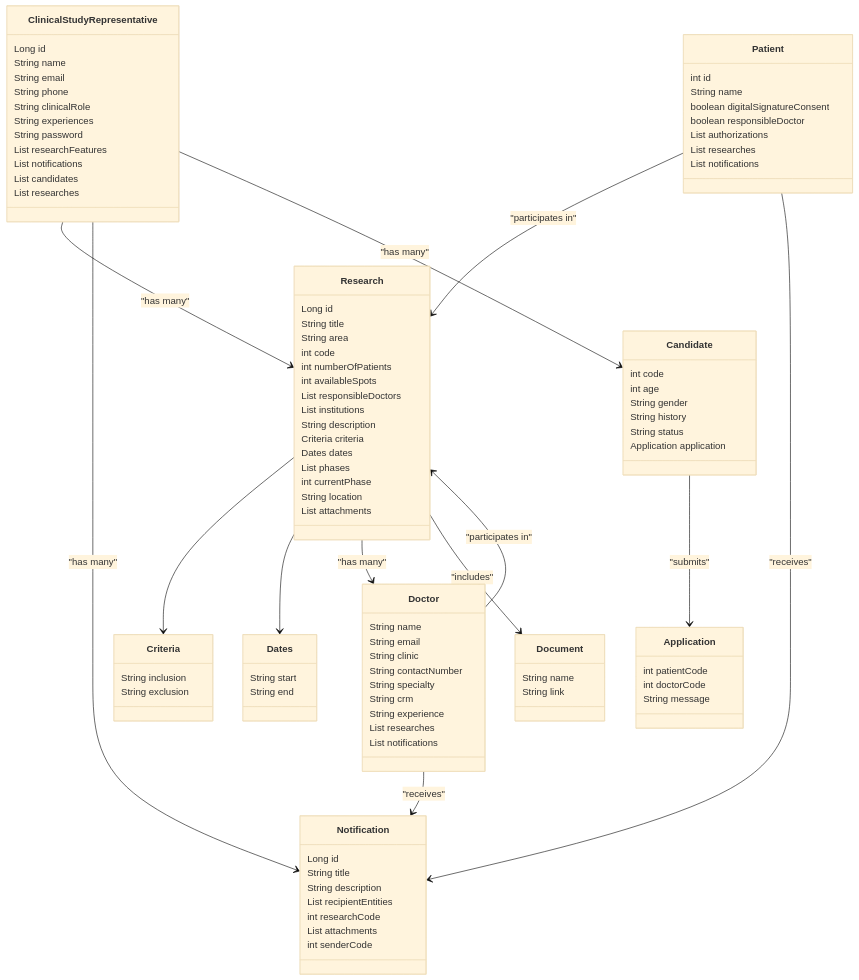
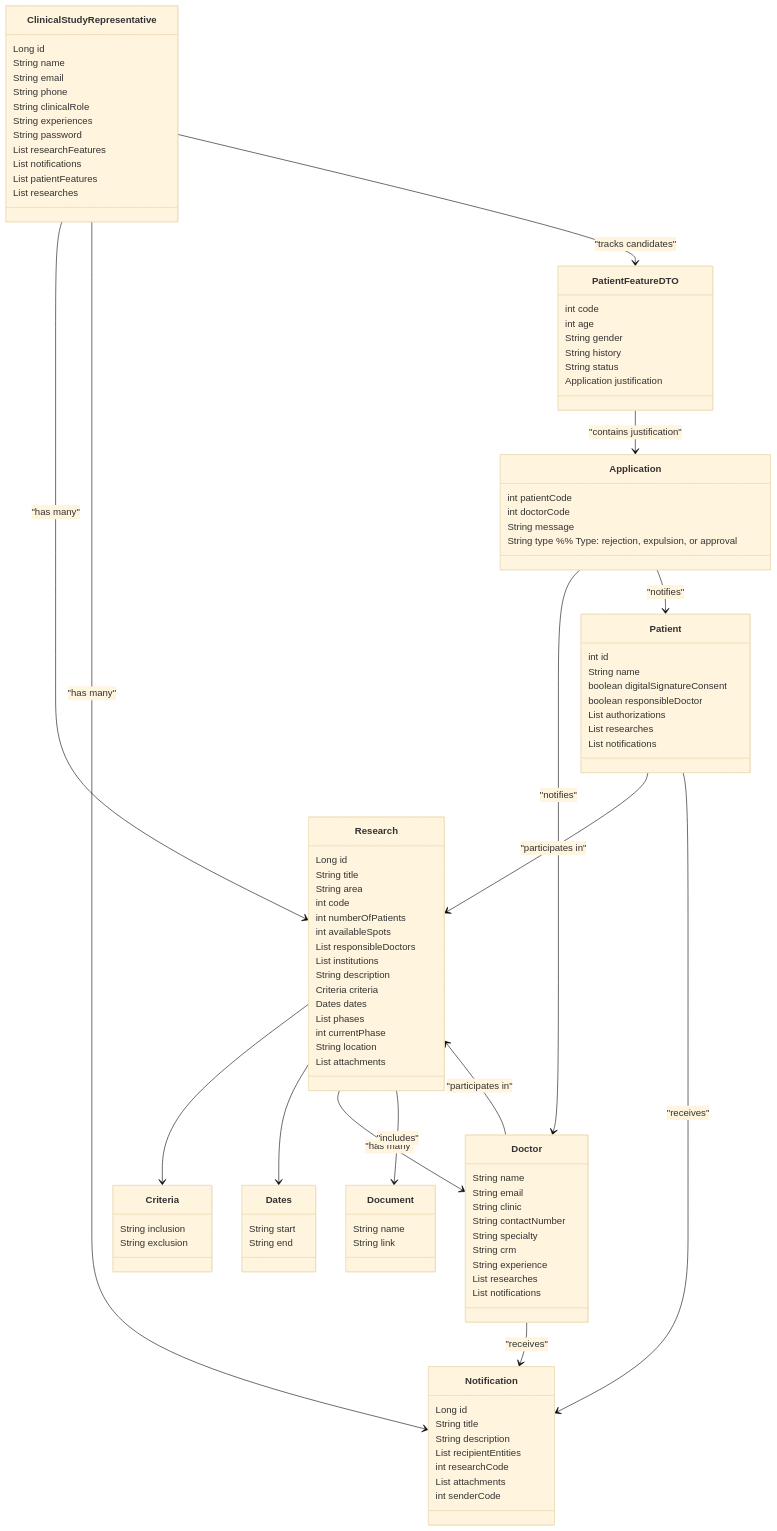
One commit to andrefilipe1310/inovamed- changed the third of 17 diagrams in README.md. Above: the diagram before and after it, drawn with Mermaid (base theme).

````diff
--- a/README.md
+++ b/README.md
@@ -58,7 +58,7 @@
         String password
         List<Research> researchFeatures
         List<Notification> notifications
-        List<Candidate> candidates
+        List<PatientFeatureDTO> patientFeatures
         List<Research> researches
     }
 
@@ -100,19 +100,30 @@
         int senderCode
     }
 
-    class Candidate {
+    class Patient {
+        int id
+        String name
+        boolean digitalSignatureConsent
+        boolean responsibleDoctor
+        List<String> authorizations
+        List<Research> researches
+        List<Notification> notifications
+    }
+
+    class PatientFeatureDTO {
         int code
         int age
         String gender
         String history
         String status
-        Application application
+        Application justification
     }
 
     class Application {
         int patientCode
         int doctorCode
         String message
+        String type  %% Type: rejection, expulsion, or approval
     }
 
     class Doctor {
@@ -127,16 +138,6 @@
         List<Notification> notifications
     }
 
-    class Patient {
-        int id
-        String name
-        boolean digitalSignatureConsent
-        boolean responsibleDoctor
-        List<String> authorizations
-        List<Research> researches
-        List<Notification> notifications
-    }
-
     class Document {
         String name
         String link
@@ -145,7 +146,7 @@
     %% Relations
     ClinicalStudyRepresentative --> Research : "has many"
     ClinicalStudyRepresentative --> Notification : "has many"
-    ClinicalStudyRepresentative --> Candidate : "has many"
+    ClinicalStudyRepresentative --> PatientFeatureDTO : "tracks candidates"
     Research --> Criteria
     Research --> Dates
     Research --> Doctor : "has many"
@@ -154,6 +155,9 @@
     Doctor --> Notification : "receives"
     Patient --> Research : "participates in"
     Patient --> Notification : "receives"
-    Candidate --> Application : "submits"
+    PatientFeatureDTO --> Application : "contains justification"
+    Application --> Doctor : "notifies"
+    Application --> Patient : "notifies"
+
 
 ```
````
